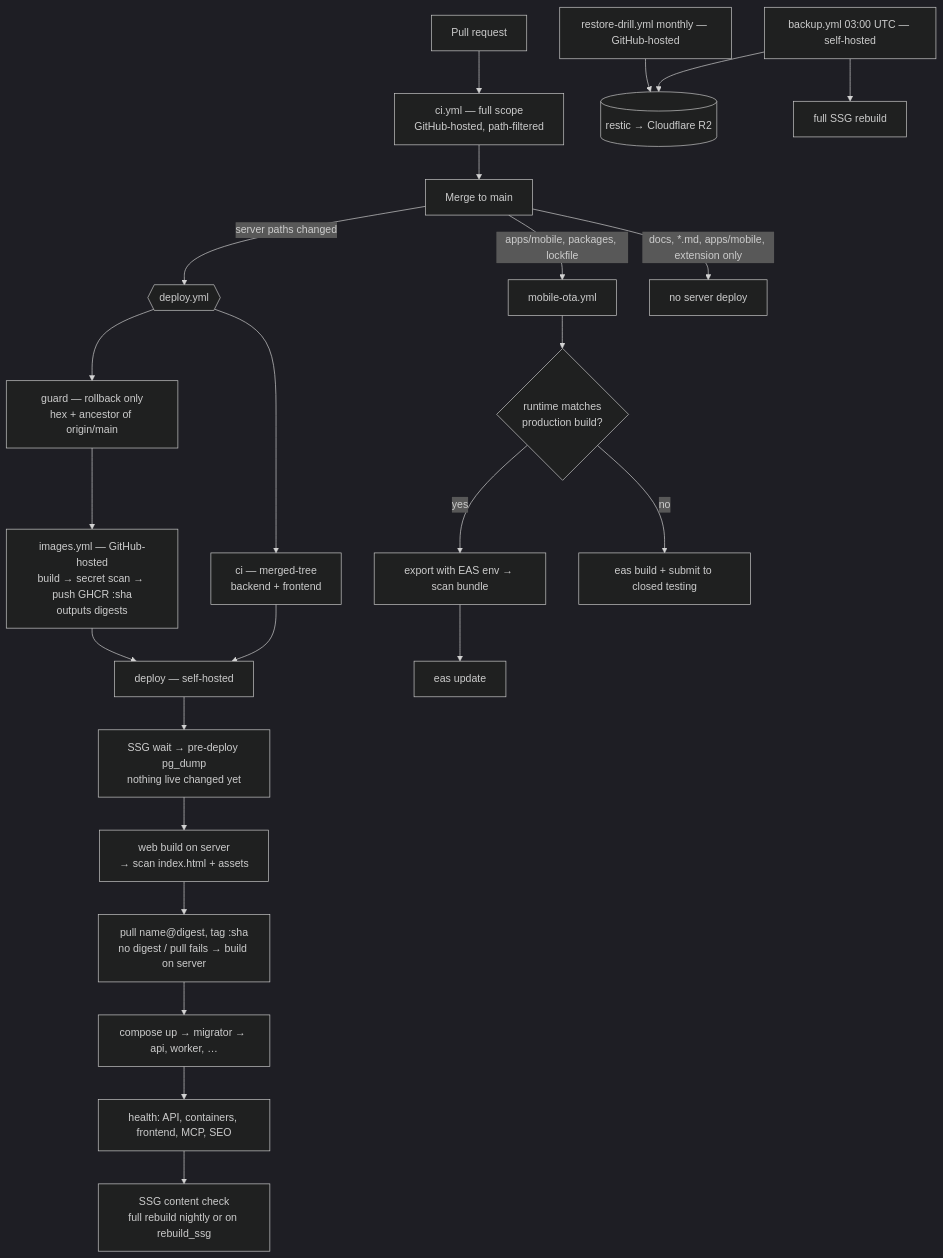
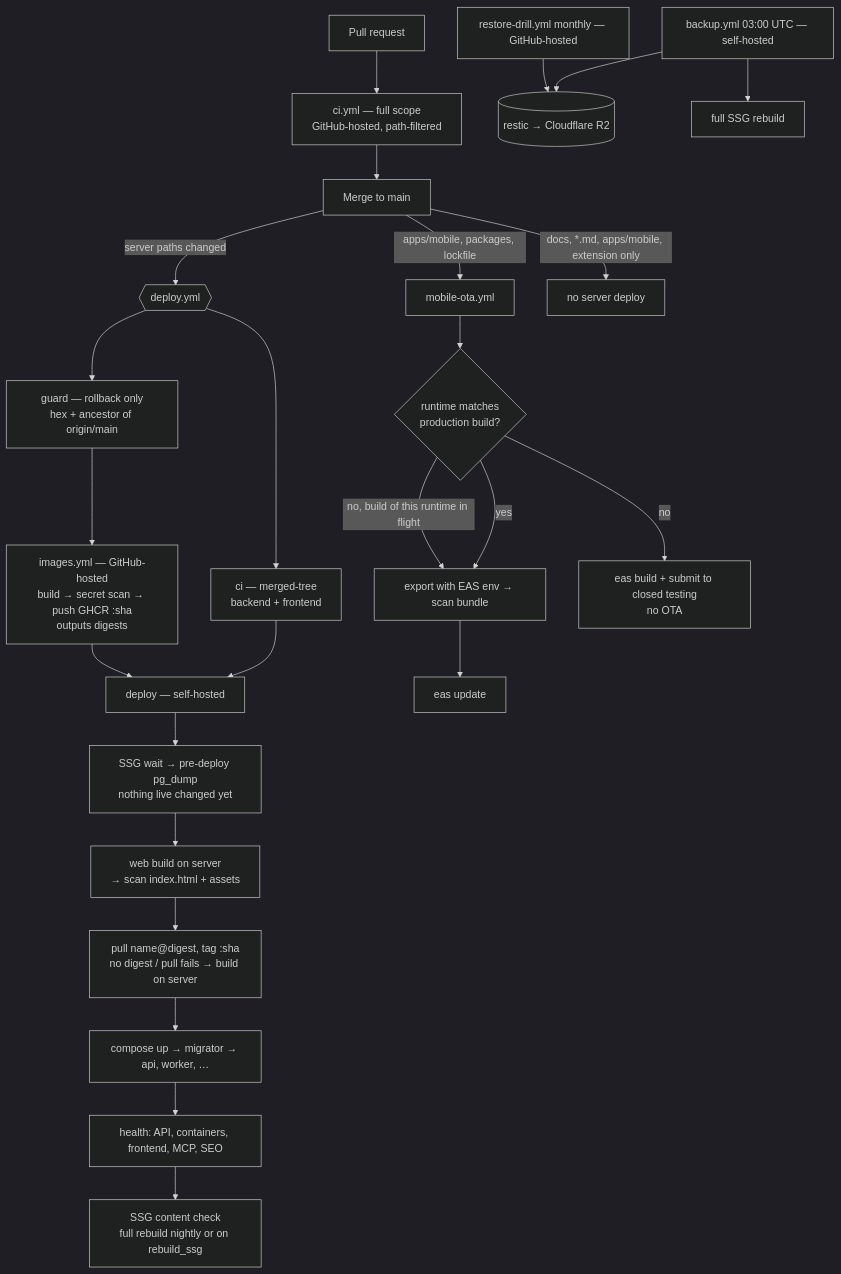
The diagram in docs/01-architecture/delivery.md (mrviduus/textstack), drawn with Mermaid (dark theme) before and after one commit. The commit also changed 6 other files, not shown here.

First line of the commit message:
ci(mobile-ota): no OTA after a runtime-change build; no second build while one is in flight (#762)

````diff
--- a/docs/01-architecture/delivery.md
+++ b/docs/01-architecture/delivery.md
@@ -20,31 +20,32 @@
 ```mermaid
 flowchart TD
   PR[Pull request] --> CI[ci.yml — full scope<br/>GitHub-hosted, path-filtered]
   CI --> M[Merge to main]
 
   M -->|server paths changed| D{{deploy.yml}}
   M -->|apps/mobile, packages, lockfile| OTA[mobile-ota.yml]
   M -->|docs, *.md, apps/mobile, extension only| SKIP[no server deploy]
 
   D --> G[guard — rollback only<br/>hex + ancestor of origin/main]
   D --> CIM[ci — merged-tree<br/>backend + frontend]
   G --> IMG[images.yml — GitHub-hosted<br/>build → secret scan → push GHCR :sha<br/>outputs digests]
 
   CIM --> DEP
   IMG --> DEP[deploy — self-hosted]
 
   DEP --> BK[SSG wait → pre-deploy pg_dump<br/>nothing live changed yet]
   BK --> W[web build on server<br/>→ scan index.html + assets]
   W --> P[pull name@digest, tag :sha<br/>no digest / pull fails → build on server]
   P --> UP[compose up → migrator → api, worker, …]
   UP --> H[health: API, containers, frontend, MCP, SEO]
   H --> SSG[SSG content check<br/>full rebuild nightly or on rebuild_ssg]
 
   OTA --> FP{runtime matches<br/>production build?}
   FP -->|yes| SCAN[export with EAS env → scan bundle] --> PUB[eas update]
-  FP -->|no| EAS[eas build + submit to closed testing]
+  FP -->|no, build of this runtime in flight| SCAN
+  FP -->|no| EAS[eas build + submit to closed testing<br/>no OTA]
 
   NIGHT[backup.yml 03:00 UTC — self-hosted] --> R2[(restic → Cloudflare R2)]
   NIGHT --> SSGN[full SSG rebuild]
   DRILL[restore-drill.yml monthly — GitHub-hosted] --> R2
 ```
````
